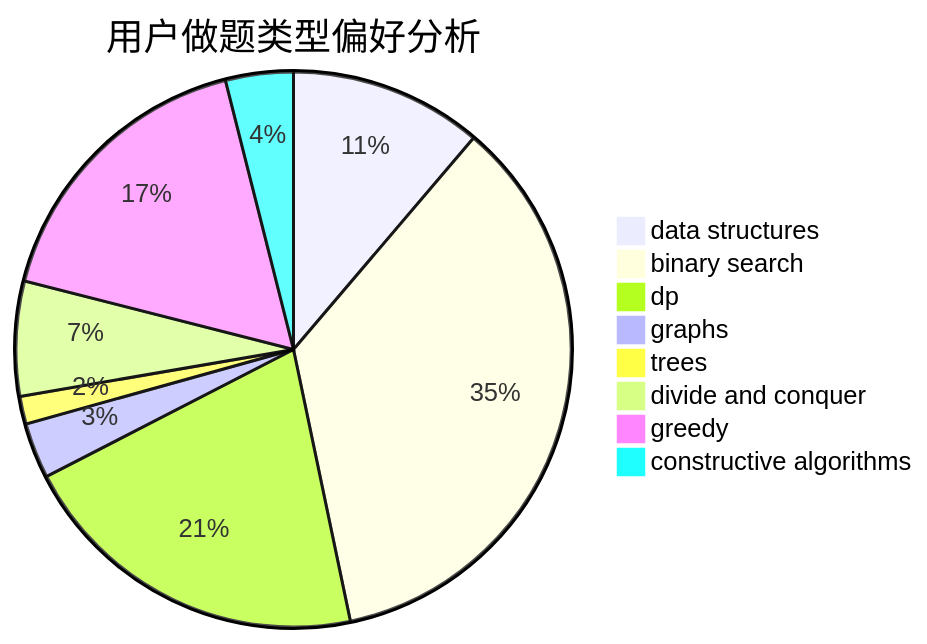
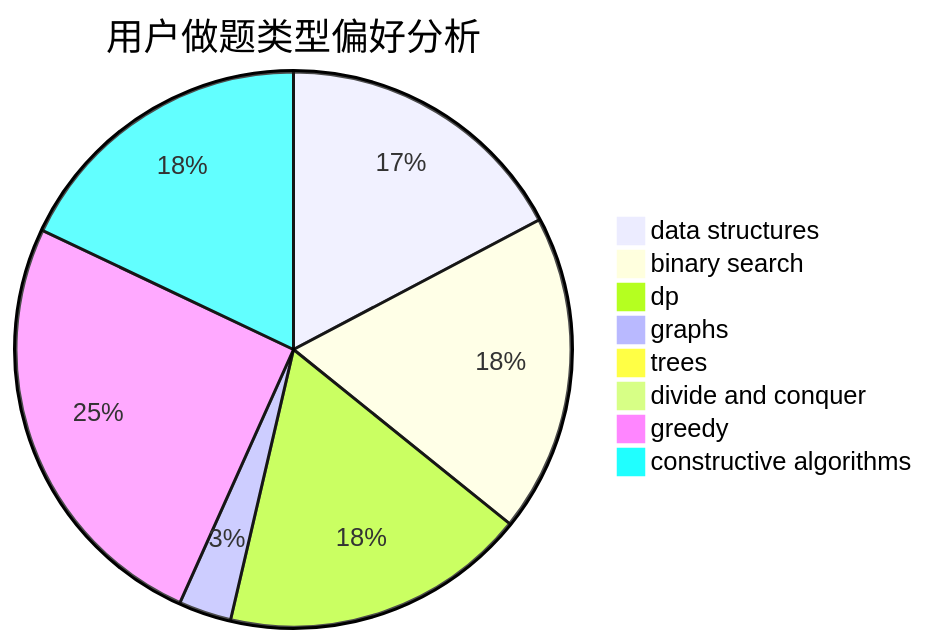
One commit to sherpahu/cfrs.github.io changed the second of 3 diagrams in docs/user/u1384.md. Above: the diagram before and after it, drawn with Mermaid. The commit also changed other lines of this file and 2770 other files, not shown here.

````diff
--- a/docs/user/u1384.md
+++ b/docs/user/u1384.md
@@ -23,11 +23,11 @@
 ```mermaid
 pie title 用户做题类型偏好分析
-    "data structures" :  111
-    "binary search" :  351
-    "dp" :  205
-    "graphs" :  32
-    "trees" :  16
-    "divide and conquer" :  66
-    "greedy" :  169
-    "constructive algorithms" :  39
+    "data structures" :  484
+    "binary search" :  519
+    "dp" :  500
+    "graphs" :  86
+    "trees" :  21
+    "divide and conquer" :  1
+    "greedy" :  710
+    "constructive algorithms" :  503
 ```
````
